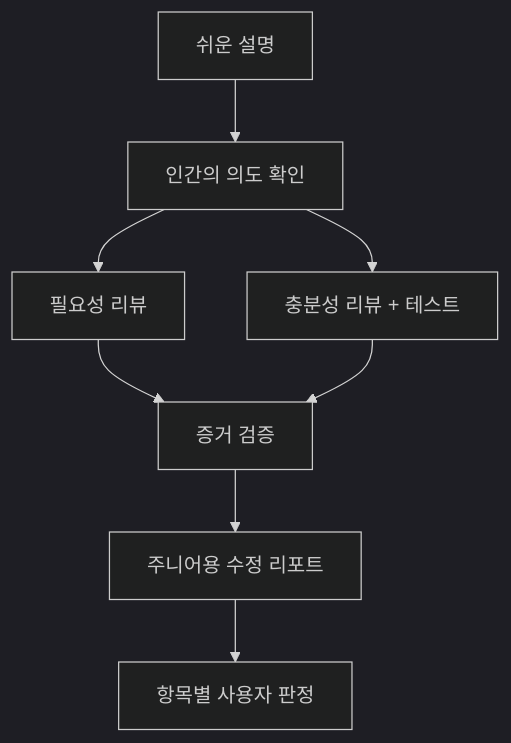
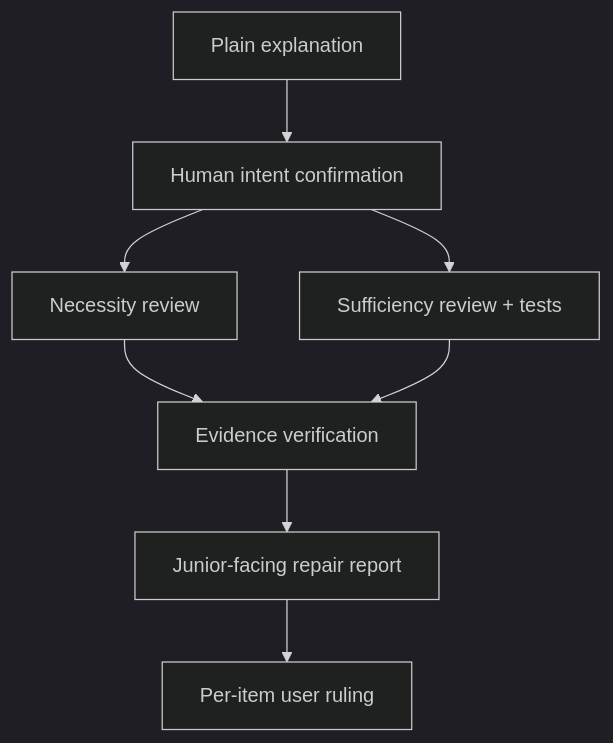
The diagram in plugins/adr-writer/skills/adr-impl-review/SKILL.md (haandol/alps-writer-mcp), drawn with Mermaid (dark theme) before and after one commit. The commit also changed other lines of this file and 40 other files, not shown here.

````diff
--- a/plugins/adr-writer/skills/adr-impl-review/SKILL.md
+++ b/plugins/adr-writer/skills/adr-impl-review/SKILL.md
@@ -11,10 +11,10 @@
 ```mermaid
 flowchart TD
-    EXPLAIN["쉬운 설명"] --> GATE["인간의 의도 확인"]
-    GATE --> NEC["필요성 리뷰"]
-    GATE --> SUF["충분성 리뷰 + 테스트"]
-    NEC --> EVID["증거 검증"]
+    EXPLAIN["Plain explanation"] --> GATE["Human intent confirmation"]
+    GATE --> NEC["Necessity review"]
+    GATE --> SUF["Sufficiency review + tests"]
+    NEC --> EVID["Evidence verification"]
     SUF --> EVID
-    EVID --> REPORT["주니어용 수정 리포트"]
-    REPORT --> RULING["항목별 사용자 판정"]
+    EVID --> REPORT["Junior-facing repair report"]
+    REPORT --> RULING["Per-item user ruling"]
 ```
````
